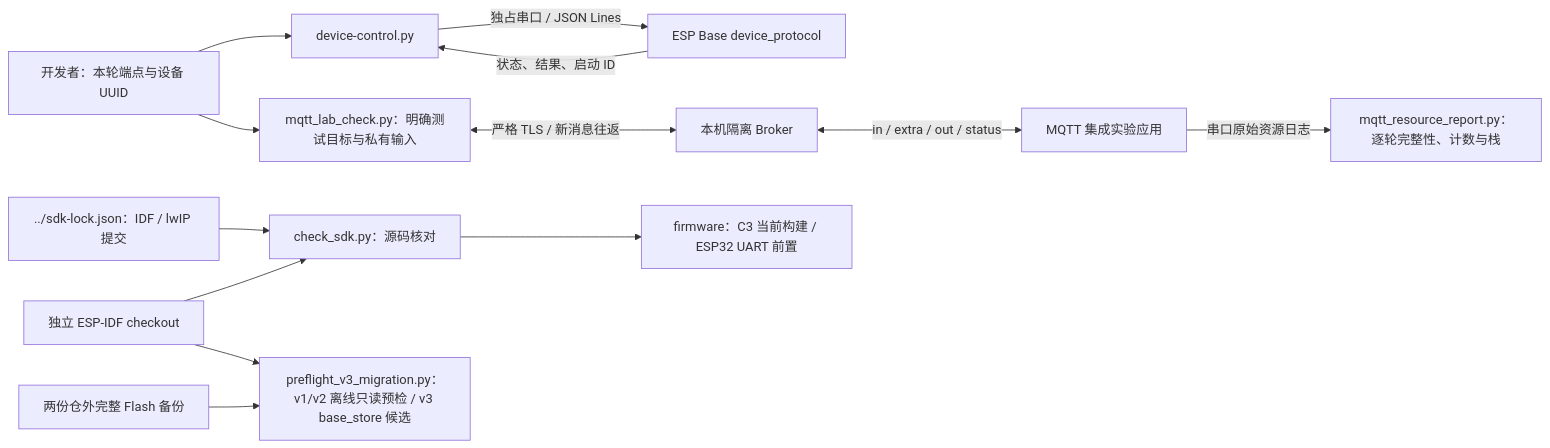
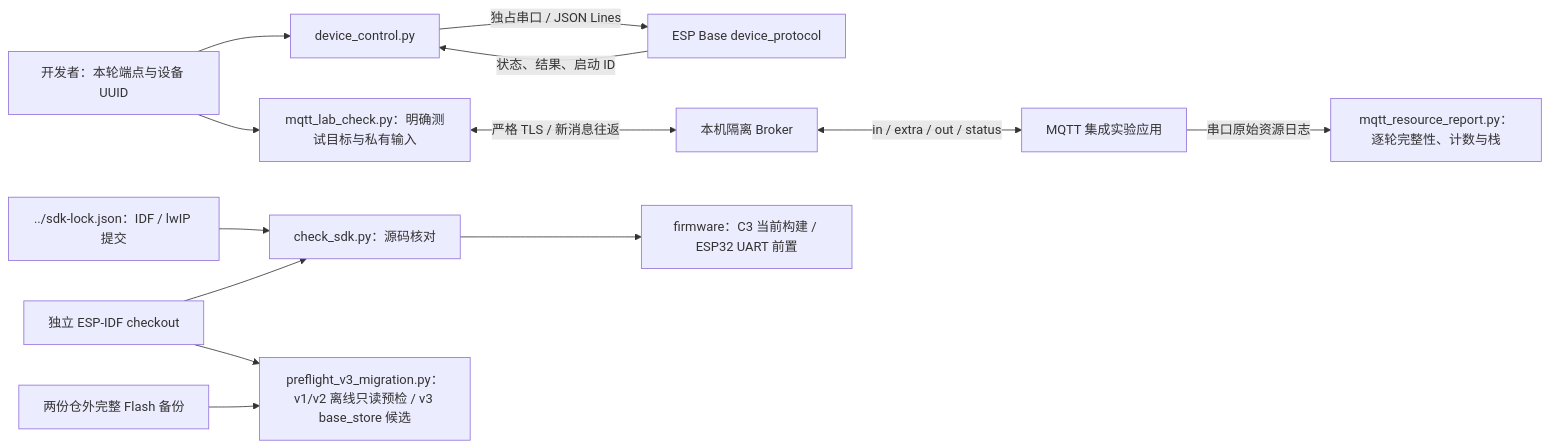
Before and after one commit to darren-you/esp-base: the diagram in tools/README.md, drawn with Mermaid. The commit also changed other lines of this file and 5 other files, not shown here.

````diff
--- a/tools/README.md
+++ b/tools/README.md
@@ -7,15 +7,15 @@
 ```mermaid
 flowchart LR
-    user["开发者：本轮端点与设备 UUID"] --> cli["device-control.py"]
+    user["开发者：本轮端点与设备 UUID"] --> cli["device_control.py"]
     cli -->|"独占串口 / JSON Lines"| firmware["ESP Base device_protocol"]
     firmware -->|"状态、结果、启动 ID"| cli
     user --> checker["mqtt_lab_check.py：明确测试目标与私有输入"]
     checker <-->|"严格 TLS / 新消息往返"| broker["本机隔离 Broker"]
     broker <-->|"in / extra / out / status"| lab["MQTT 集成实验应用"]
     lab -->|"串口原始资源日志"| report["mqtt_resource_report.py：逐轮完整性、计数与栈"]
     sdk_lock["../sdk-lock.json：IDF / lwIP 提交"] --> sdk_check["check_sdk.py：源码核对"]
     idf["独立 ESP-IDF checkout"] --> sdk_check
     sdk_check --> build["firmware：C3 当前构建 / ESP32 UART 前置"]
     backup["两份仓外完整 Flash 备份"] --> preflight["preflight_v3_migration.py：v1/v2 离线只读预检 / v3 base_store 候选"]
     idf --> preflight
 ```
````
